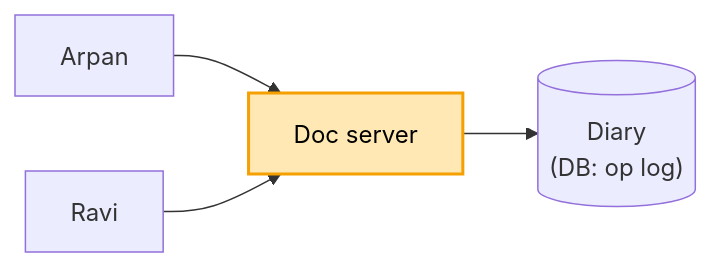
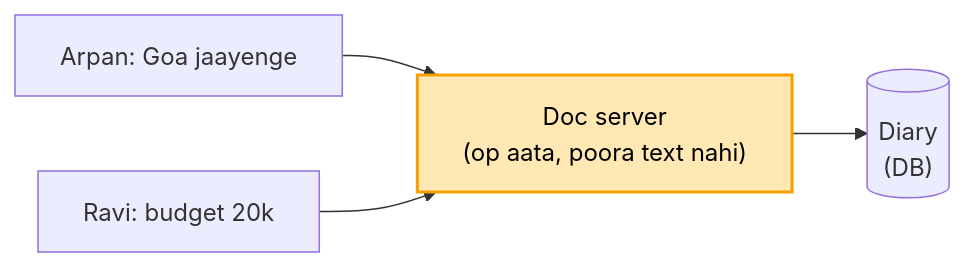
Before and after one commit to ArpanMaheshwari144/Prep: the first of 7 diagrams in 04_HLD/SYSTEM_DESIGNS/11_google_docs_collab/11_google_docs_collab.md, drawn with Mermaid. The commit also changed other lines of this file and 17 other files, not shown here.

Commit message:
HLD: 17 main files hand notes se milaye (har block alag section, kahani + asli naam, mermaid), technical naam bhi rakhe

````diff
--- a/04_HLD/SYSTEM_DESIGNS/11_google_docs_collab/11_google_docs_collab.md
+++ b/04_HLD/SYSTEM_DESIGNS/11_google_docs_collab/11_google_docs_collab.md
@@ -35,7 +35,7 @@
 ```mermaid
 flowchart LR
-    A["Arpan"] --> S["Doc server"]
-    R["Ravi"] --> S
-    S --> D[("Diary<br/>(DB: op log)")]
+    A["Arpan: Goa jaayenge"] --> S["Doc server<br/>(op aata, poora text nahi)"]
+    R["Ravi: budget 20k"] --> S
+    S --> D[("Diary<br/>(DB)")]
     style S fill:#ffe8b3,stroke:#f59f00,stroke-width:2px,color:#000
 ```
````
